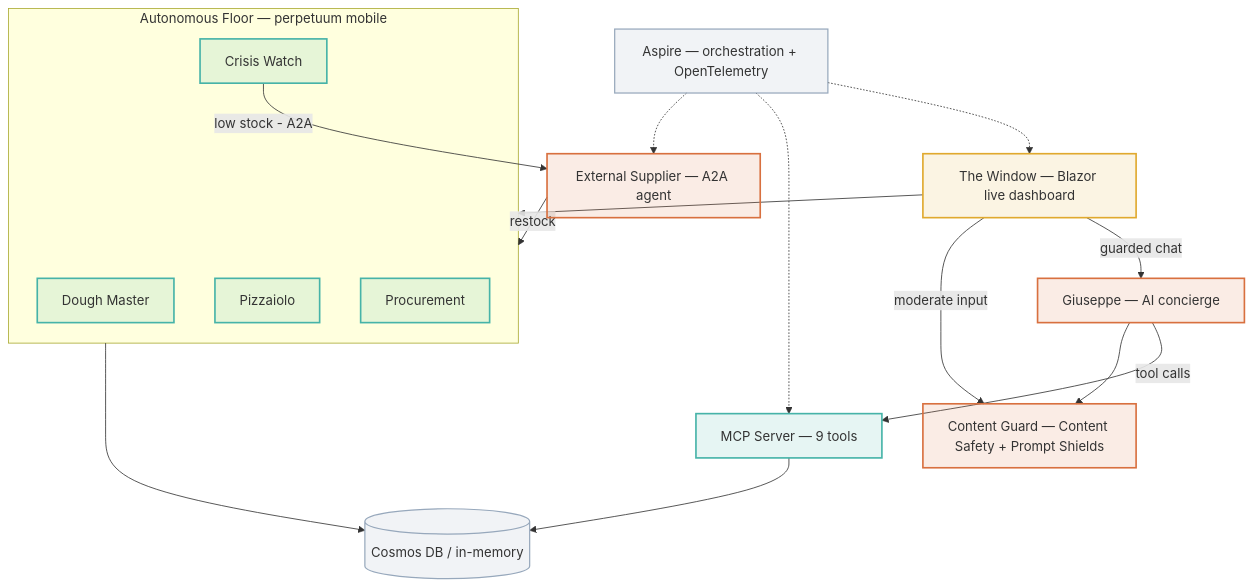
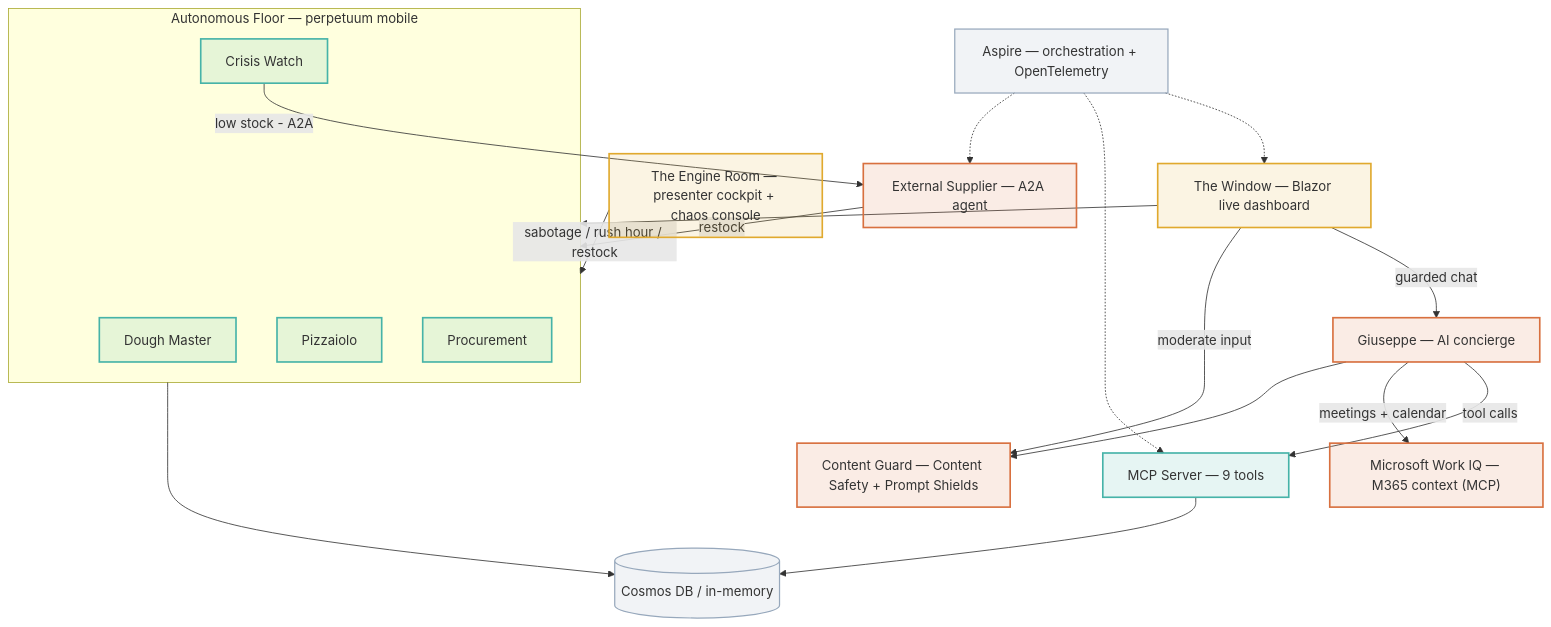
Before and after one commit to thomyg/copilot-pizza-factory: the diagram in README.md, drawn with Mermaid. The commit also changed other lines of this file and 10 other files, not shown here.

First line of the commit message:
feat: the Engine Room — presenter cockpit with chaos console, plus a prank-proof Giuseppe

````diff
--- a/README.md
+++ b/README.md
@@ -74,34 +83,39 @@
 ```mermaid
 graph TD
   classDef biz fill:#e0a92e22,stroke:#e0a92e,stroke-width:2px;
   classDef tech fill:#46b3a822,stroke:#46b3a8,stroke-width:2px;
   classDef warm fill:#d8703f22,stroke:#d8703f,stroke-width:2px;
   classDef data fill:#97a8bc22,stroke:#97a8bc,stroke-width:1.5px;
 
   WIN["The Window — Blazor live dashboard"]:::biz
+  ENG["The Engine Room — presenter cockpit + chaos console"]:::biz
   subgraph FLOOR["Autonomous Floor — perpetuum mobile"]
     DM["Dough Master"]:::tech
     PZ["Pizzaiolo"]:::tech
     PR["Procurement"]:::tech
     CW["Crisis Watch"]:::tech
   end
   GIU["Giuseppe — AI concierge"]:::warm
   GUARD["Content Guard — Content Safety + Prompt Shields"]:::warm
   MCP["MCP Server — 9 tools"]:::tech
   SUP["External Supplier — A2A agent"]:::warm
   DB[("Cosmos DB / in-memory")]:::data
   ASP["Aspire — orchestration + OpenTelemetry"]:::data
 
+  WIQ["Microsoft Work IQ — M365 context (MCP)"]:::warm
+
   WIN --> FLOOR
+  ENG -->|"sabotage / rush hour / restock"| FLOOR
   WIN -->|"guarded chat"| GIU
   WIN -->|"moderate input"| GUARD
   GIU -->|"tool calls"| MCP
+  GIU -->|"meetings + calendar"| WIQ
   GIU --> GUARD
   FLOOR --> DB
   MCP --> DB
   CW -->|"low stock - A2A"| SUP
   SUP -->|"restock"| FLOOR
   ASP -.-> WIN
   ASP -.-> MCP
   ASP -.-> SUP
 ```
````
